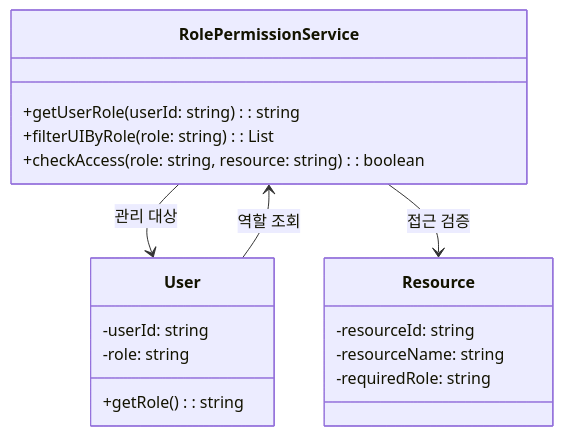
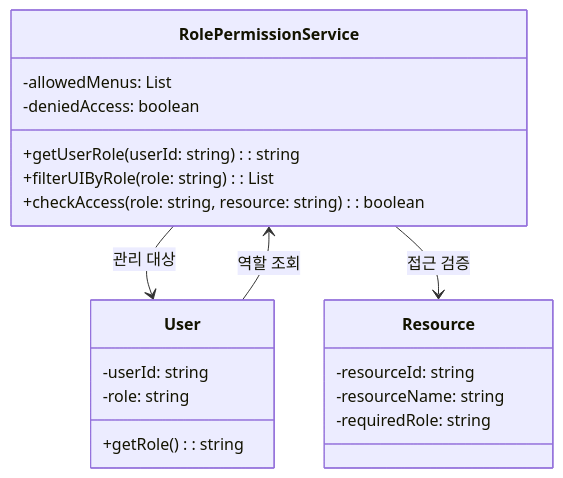
One commit to sun922/University-SoftwareDesign changed the ninth of 11 diagrams in 2. Design/Software Design Documents.md. Above: the diagram before and after it, drawn with Mermaid. The commit also changed other lines of this file, not shown here.

Commit message:
클래스 다이어그램 누락된거 수정

````diff
--- a/2. Design/Software Design Documents.md
+++ b/2. Design/Software Design Documents.md
@@ -980,24 +1012,27 @@
 ```mermaid
 classDiagram
 class RolePermissionService {
+  -allowedMenus: List<string>
+  -deniedAccess: boolean
+
   +getUserRole(userId: string): string
   +filterUIByRole(role: string): List<string>
   +checkAccess(role: string, resource: string): boolean
 }
 
 class User {
   -userId: string
   -role: string
   +getRole(): string
 }
 
 class Resource {
   -resourceId: string
   -resourceName: string
   -requiredRole: string
 }
 
 RolePermissionService --> User : 관리 대상
 RolePermissionService --> Resource : 접근 검증
 User --> RolePermissionService : 역할 조회
 ```
````
